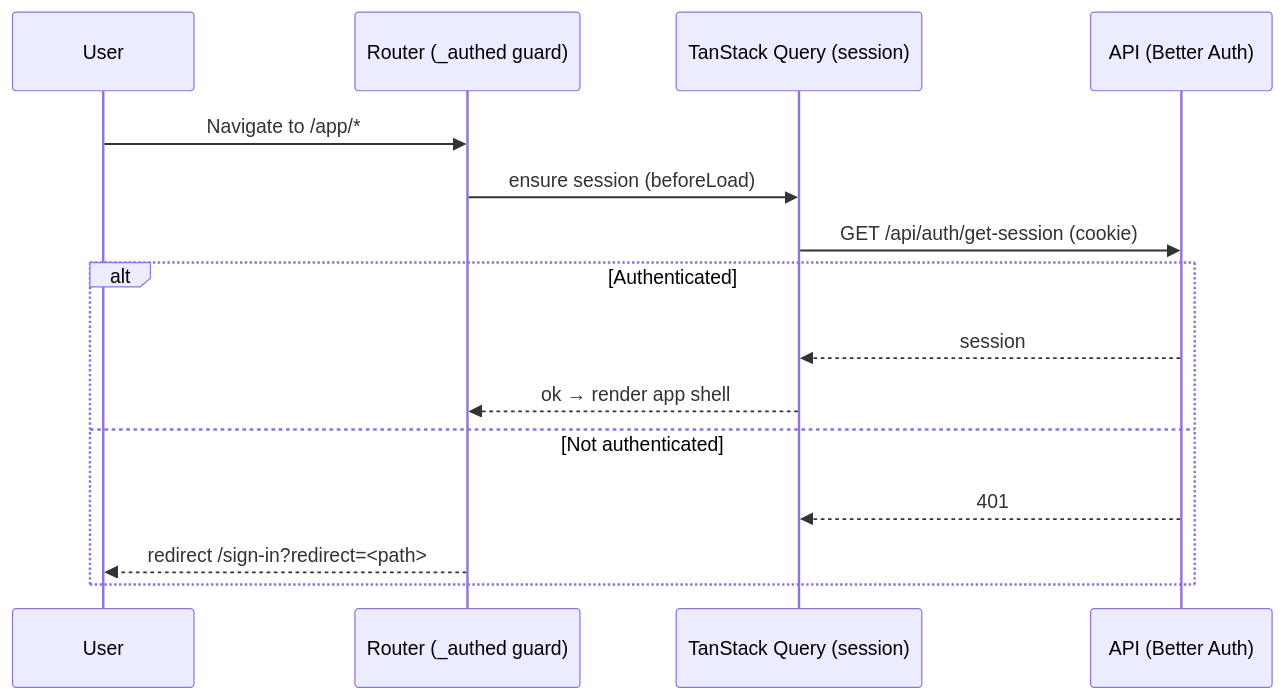
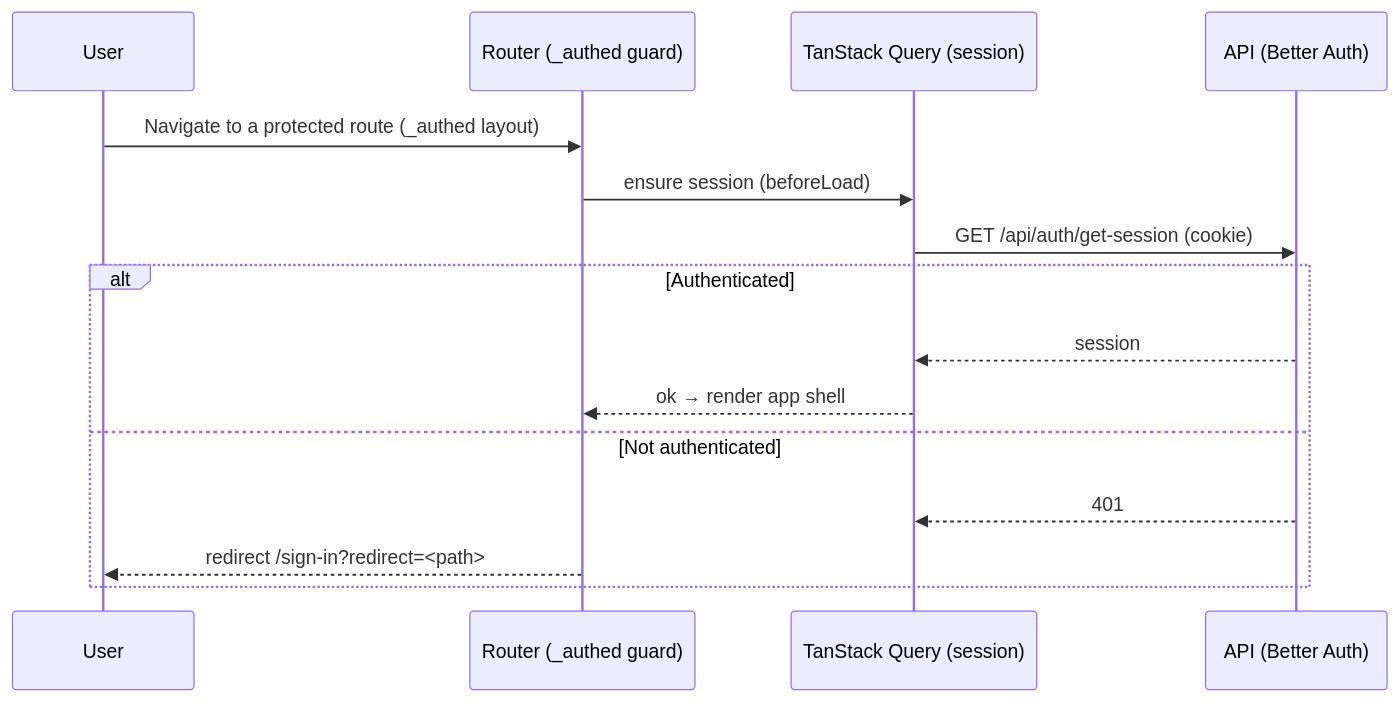
Before and after one commit to HuttonHomeHub/WorkHub: the second of 2 diagrams in docs/FRONTEND_ARCHITECTURE.md, drawn with Mermaid. The commit also changed other lines of this file and 96 other files, not shown here.

````diff
--- a/docs/FRONTEND_ARCHITECTURE.md
+++ b/docs/FRONTEND_ARCHITECTURE.md
@@ -182,18 +184,18 @@
 ```mermaid
 sequenceDiagram
   participant U as User
   participant R as Router (_authed guard)
   participant Q as TanStack Query (session)
   participant A as API (Better Auth)
 
-  U->>R: Navigate to /app/*
+  U->>R: Navigate to a protected route (_authed layout)
   R->>Q: ensure session (beforeLoad)
   Q->>A: GET /api/auth/get-session (cookie)
   alt Authenticated
     A-->>Q: session
     Q-->>R: ok → render app shell
   else Not authenticated
     A-->>Q: 401
     R-->>U: redirect /sign-in?redirect=<path>
   end
 ```
````
